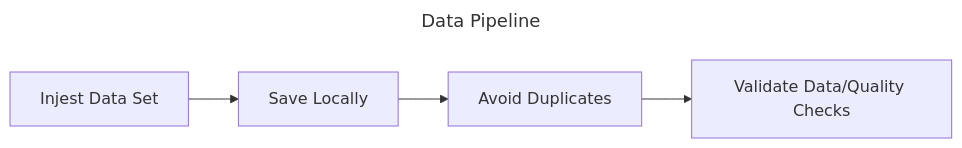
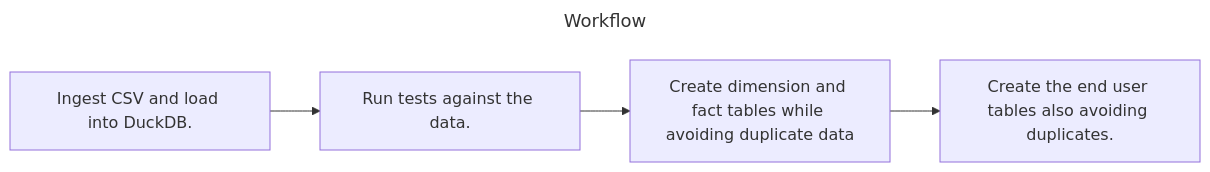
One commit to blakemcneill/de_exercise changed the diagram in README.md. Above: the diagram before and after it, drawn with Mermaid. The commit also changed other lines of this file, not shown here.

````diff
--- a/README.md
+++ b/README.md
@@ -78,12 +82,12 @@
 ```mermaid
 ---
-title: Data Pipeline
+title: Workflow
 ---
 
 flowchart LR
-    injest[Injest Data Set] -->
-    storage[Save Locally] -->
-    duplicate[Avoid Duplicates] -->
-    validate[Validate Data/Quality Checks]
+    bronze[Ingest CSV and load into DuckDB.] -->
+    silvertest[Run tests against the data.] -->
+    silver[Create dimension and fact tables while avoiding duplicate data] -->
+    gold[Create the end user tables also avoiding duplicates.]
 
 ```
````
